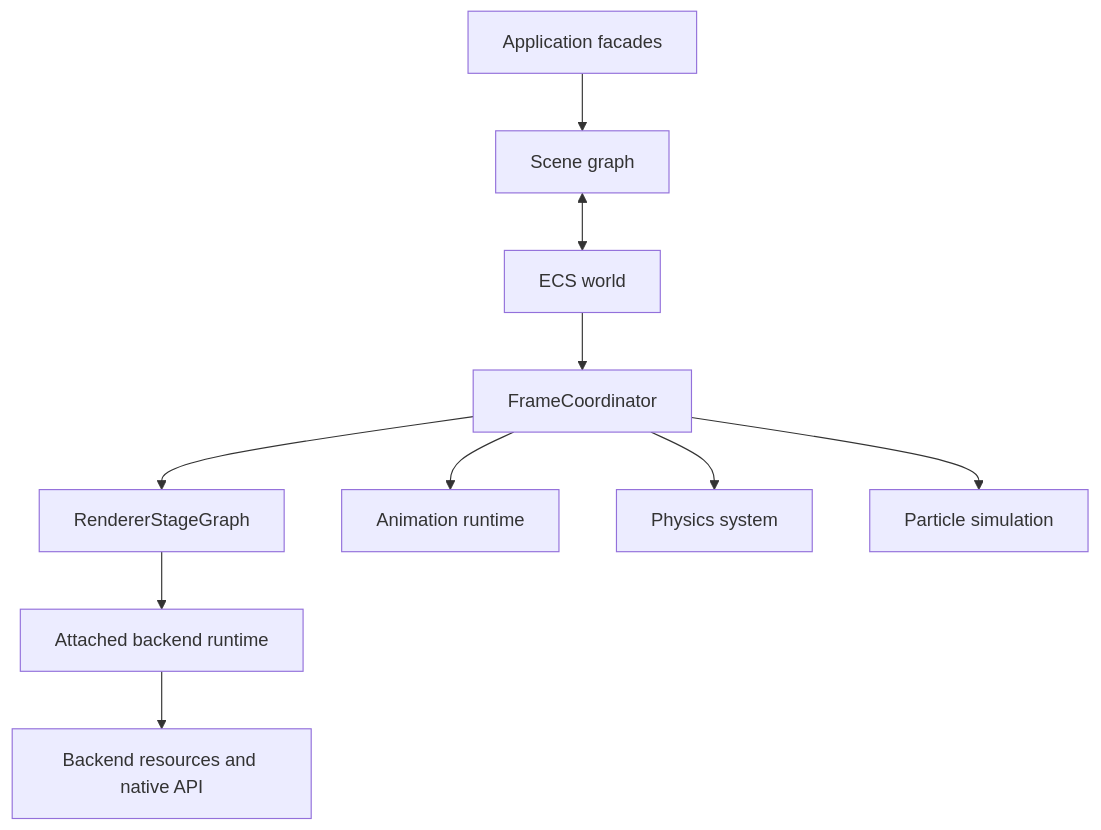
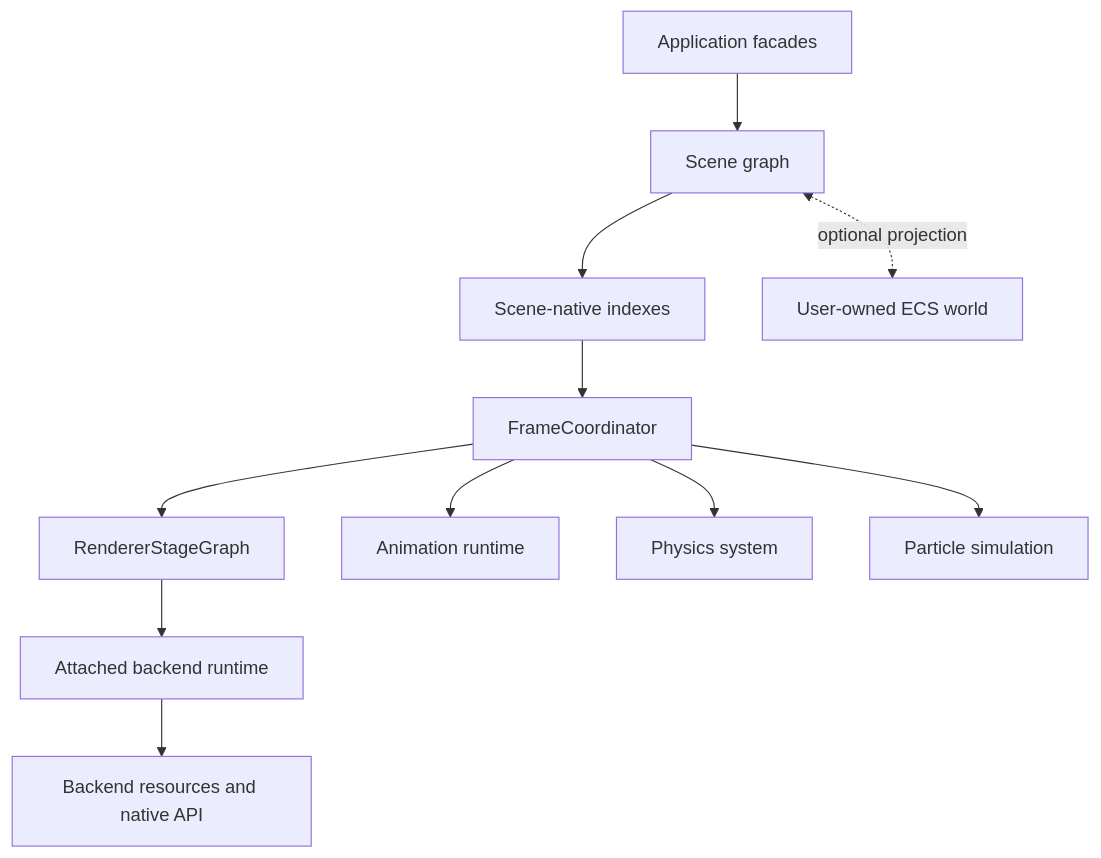
Before and after one commit to Kunelinmc/IgnisRenderer: the diagram in docs/architecture/engine.md, drawn with Mermaid. The commit also changed other lines of this file and 11 other files, not shown here.

First line of the commit message:
docs(scene)!: document ECS projection migration

````diff
--- a/docs/architecture/engine.md
+++ b/docs/architecture/engine.md
@@ -12,13 +12,14 @@
 ```mermaid
 flowchart TD
 	A["Application facades"] --> S["Scene graph"]
-	S <--> E["ECS world"]
-	E --> F["FrameCoordinator"]
+	S --> I["Scene-native indexes"]
+	I --> F["FrameCoordinator"]
+	S <-. "optional projection" .-> E["User-owned ECS world"]
 	F --> P["RendererStageGraph"]
 	P --> B["Attached backend runtime"]
 	B --> R["Backend resources and native API"]
 
 	F --> A1["Animation runtime"]
 	F --> P1["Physics system"]
 	F --> X1["Particle simulation"]
 ```
````
